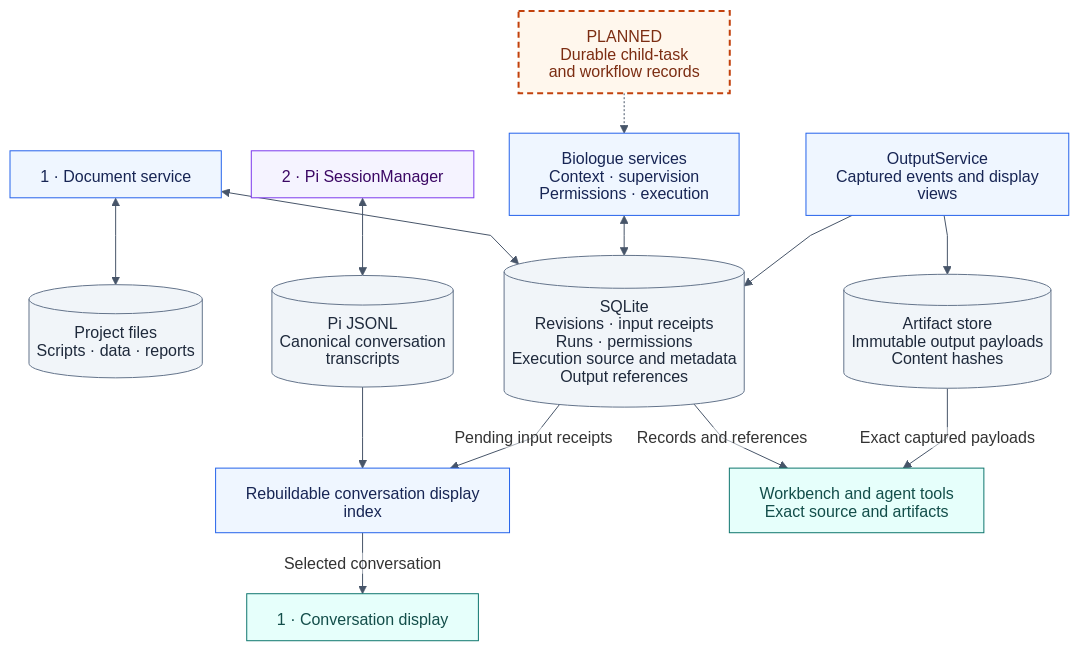
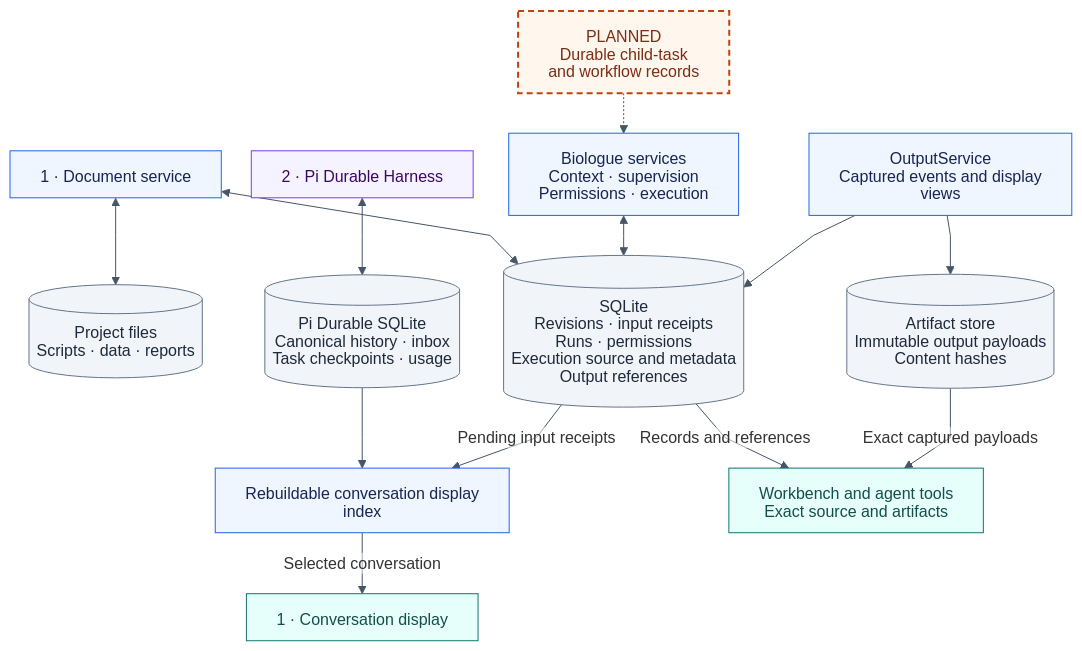
Before and after one commit to carl-stone/biologue: the fifth of 5 diagrams in ARCHITECTURE.md, drawn with Mermaid. The commit also changed other lines of this file and 21 other files, not shown here.

Commit message:
Replace agent harness with Pi Durable

````diff
--- a/ARCHITECTURE.md
+++ b/ARCHITECTURE.md
@@ -280,40 +281,40 @@
 ```mermaid
 %%{init: {"theme":"base","htmlLabels":false,"markdownAutoWrap":false,"themeVariables":{"fontFamily":"Arial, sans-serif","lineColor":"#475569","edgeLabelBackground":"#FFFFFF"},"flowchart":{"htmlLabels":false,"curve":"linear","nodeSpacing":30,"rankSpacing":40,"wrappingWidth":240,"minNodeWidth":200}}}%%
 flowchart TB
     Documents["1 · Document service"]
     Domain["Biologue services<br/>Context · supervision<br/>Permissions · execution"]
-    Pi["2 · Pi SessionManager"]
+    Pi["2 · Pi Durable Harness"]
     Outputs["OutputService<br/>Captured events and display views"]
     Files[("Project files<br/>Scripts · data · reports")]
     SQLite[("SQLite<br/>Revisions · input receipts<br/>Runs · permissions<br/>Execution source and metadata<br/>Output references")]
-    History[("Pi JSONL<br/>Canonical conversation transcripts")]
+    History[("Pi Durable SQLite<br/>Canonical history · inbox<br/>Task checkpoints · usage")]
     Blobs[("Artifact store<br/>Immutable output payloads<br/>Content hashes")]
     Projection["Rebuildable conversation display index"]
     Chat["1 · Conversation display"]
     Readers["Workbench and agent tools<br/>Exact source and artifacts"]
     Tasks["PLANNED<br/>Durable child-task<br/>and workflow records"]
 
     Documents <--> Files
     Documents <--> SQLite
     Domain <--> SQLite
     Pi <--> History
     History --> Projection
     SQLite -->|"Pending input receipts"| Projection
     Outputs --> SQLite
     Outputs --> Blobs
     Projection -->|"Selected conversation"| Chat
     SQLite -->|"Records and references"| Readers
     Blobs -->|"Exact captured payloads"| Readers
     Tasks -.-> Domain
 
     classDef workbench fill:#E6FFFB,stroke:#0F766E,color:#134E4A
     classDef app fill:#EFF6FF,stroke:#2563EB,color:#172554
     classDef pi fill:#F5F3FF,stroke:#7C3AED,color:#3B0764
     classDef storage fill:#F1F5F9,stroke:#64748B,color:#1E293B
     classDef planned fill:#FFF7ED,stroke:#C2410C,color:#7C2D12,stroke-width:2px,stroke-dasharray:6 4
     class Documents,Domain,Outputs,Projection app
     class Pi pi
     class Files,SQLite,History,Blobs storage
     class Chat,Readers workbench
     class Tasks planned
 ```
````
